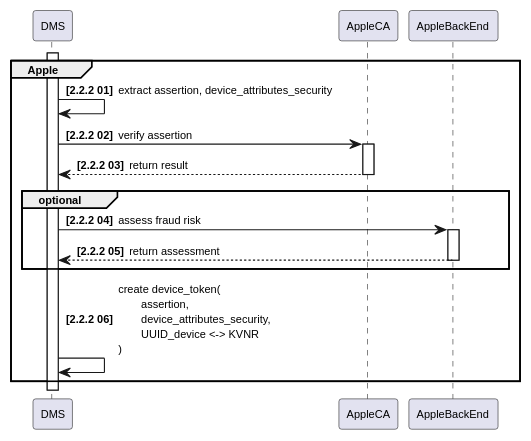
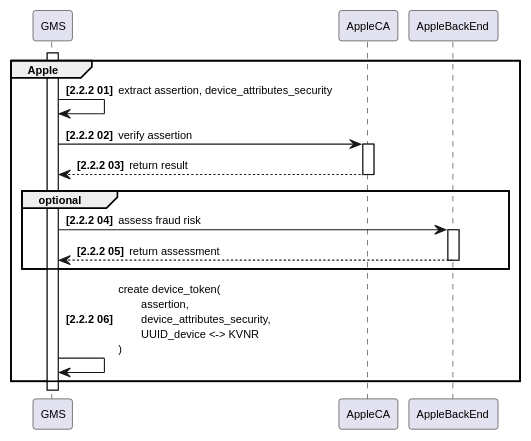
Before and after one commit to gematik/poc-dsr-documentation: the fourth of 4 diagrams in content/en/docs/rfcs/dsr-rfc-02/_index.md, drawn with PlantUML. The commit also changed other lines of this file and 15 other files, not shown here.

Commit message:
resolved GMS - DMS ambiguity

````diff
--- a/content/en/docs/rfcs/dsr-rfc-02/_index.md
+++ b/content/en/docs/rfcs/dsr-rfc-02/_index.md
@@ -91,21 +91,21 @@
 ```plantuml
 @startuml
 autonumber "<b>['2.2.2' 00]"
 skinparam defaultFontSize 10
 skinparam DefaultMonospacedFontName Courier
 skinparam lengthAdjust none
 
-activate DMS
+activate GMS
 
 group Apple
-DMS -> DMS: extract assertion, device_attributes_security
-DMS -> AppleCA ++ : verify assertion
+GMS -> GMS: extract assertion, device_attributes_security
+GMS -> AppleCA ++ : verify assertion
 return return result
 group optional
-  DMS -> AppleBackEnd ++: assess fraud risk
+  GMS -> AppleBackEnd ++: assess fraud risk
   return return assessment
 end optional
-DMS -> DMS: create device_token(\n\tassertion,\n\tdevice_attributes_security,\n\tUUID_device <-> KVNR\n)
+GMS -> GMS: create device_token(\n\tassertion,\n\tdevice_attributes_security,\n\tUUID_device <-> KVNR\n)
 
 end
 ```
````
